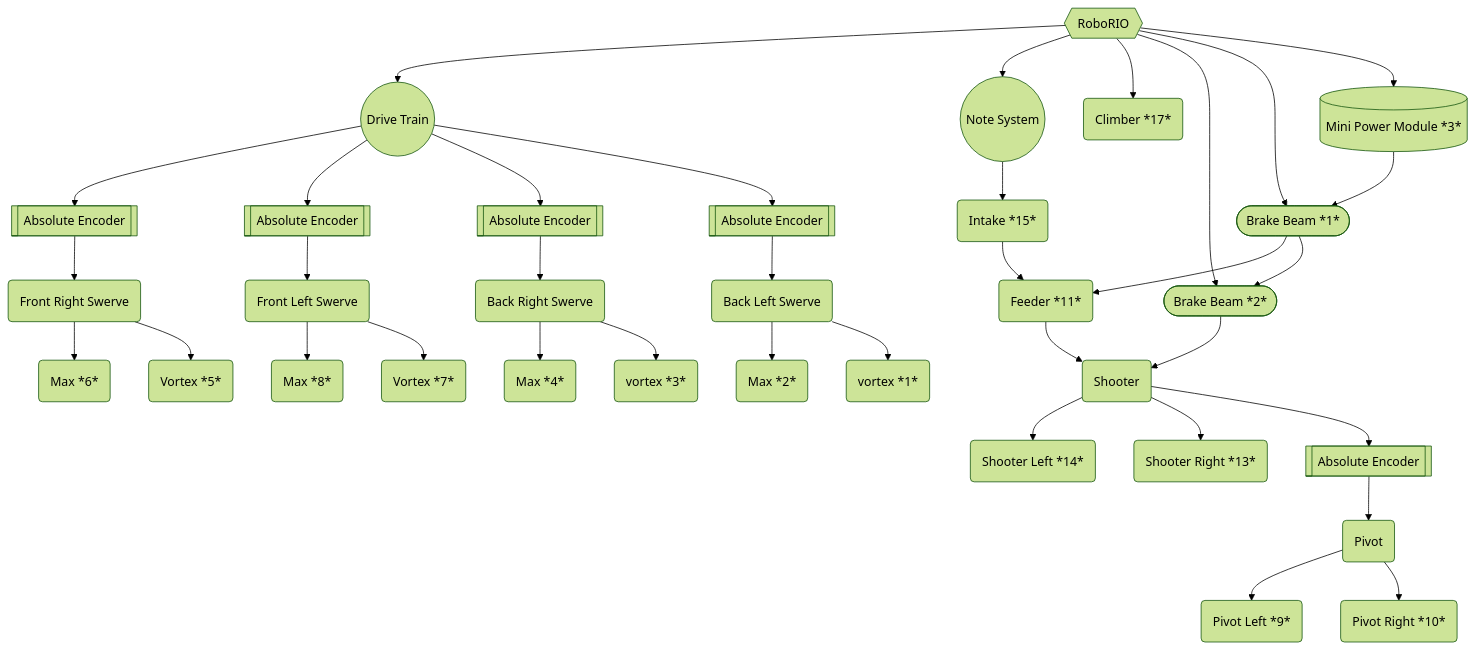
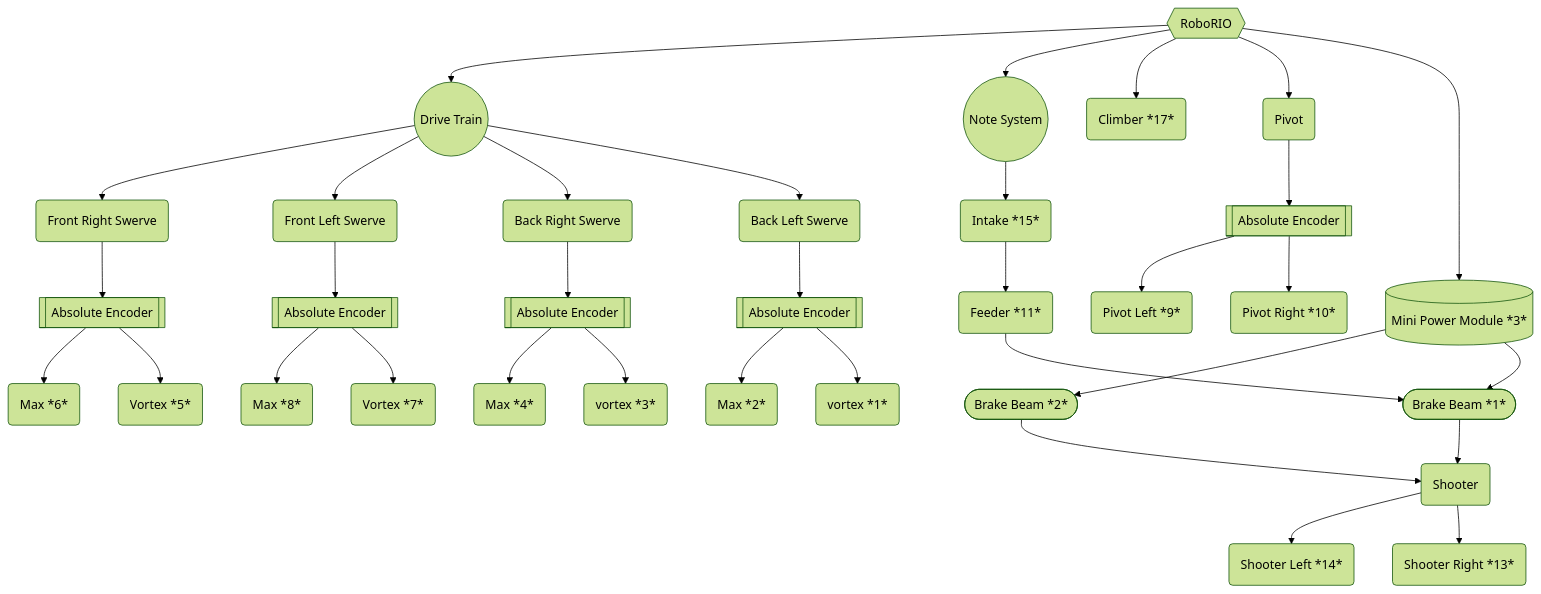
Before and after one commit to richardson-area-wide-robotics/FRC24-Crescendo-Offseason: the diagram in tony_graphs.md, drawn with Mermaid (forest theme).

````diff
--- a/tony_graphs.md
+++ b/tony_graphs.md
@@ -1,36 +1,36 @@
 ```mermaid
 graph TD;
     A{{RoboRIO}}-->2;
     2((Drive Train));
     A-->3((Note System));
     3-->B(Intake *15*);
-    e-->c(Shooter);
+    12-->c(Shooter);
     c-->s(Shooter Left *14*);
     c-->t(Shooter Right *13*);
     A-->d(Climber *17*);
     B-->e(Feeder *11*);
-    9-->f(Pivot);
-    f-->u(Pivot Left *9*)
-    f-->v(Pivot Right *10*)
-    5-->g(Front Right Swerve);
-    6-->h(Front Left Swerve);
-    7-->i(Back Right Swerve);
-    8-->j(Back Left Swerve);
-    g-->k(Max *6*);
-    h-->l(Max *8*);
-    i-->m(Max *4*);
-    j-->n(Max *2*);
-    g-->o(Vortex *5*);
-    h-->p(Vortex *7*);
-    i-->q(vortex *3*);
-    j-->r(vortex *1*);
-    2-->5[[Absolute Encoder]];
-    2-->6[[Absolute Encoder]];
-    2-->7[[Absolute Encoder]];
-    2-->8[[Absolute Encoder]];
-    c-->9[[Absolute Encoder]];
-    A-->11([Brake Beam *2*])-->c;
-    A-->12([Brake Beam *1*])-->e;
-    A-->15[(Mini Power Module *3*)]-->12-->11;
+    A-->f(Pivot);
+    9-->u(Pivot Left *9*)
+    9-->v(Pivot Right *10*)
+    2-->g(Front Right Swerve);
+    2-->h(Front Left Swerve);
+    2-->i(Back Right Swerve);
+    2-->j(Back Left Swerve);
+    5-->k(Max *6*);
+    6-->l(Max *8*);
+    7-->m(Max *4*);
+    8-->n(Max *2*);
+    5-->o(Vortex *5*);
+    6-->p(Vortex *7*);
+    7-->q(vortex *3*);
+    8-->r(vortex *1*);
+    g-->5[[Absolute Encoder]];
+    h-->6[[Absolute Encoder]];
+    i-->7[[Absolute Encoder]];
+    j-->8[[Absolute Encoder]];
+    f-->9[[Absolute Encoder]];
+    15-->11([Brake Beam *2*])-->c;
+    e-->12([Brake Beam *1*]);
+    A-->15[(Mini Power Module *3*)]-->12;
 
 ```
````
